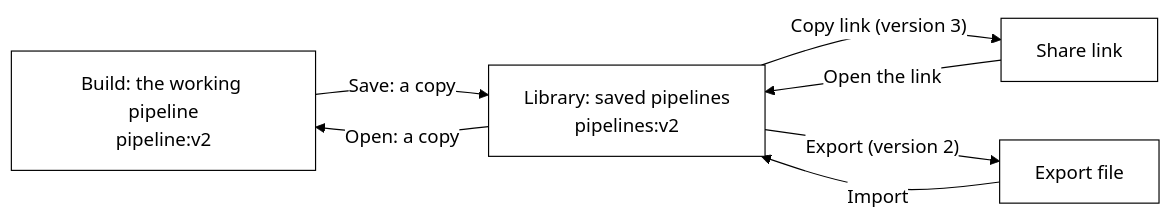
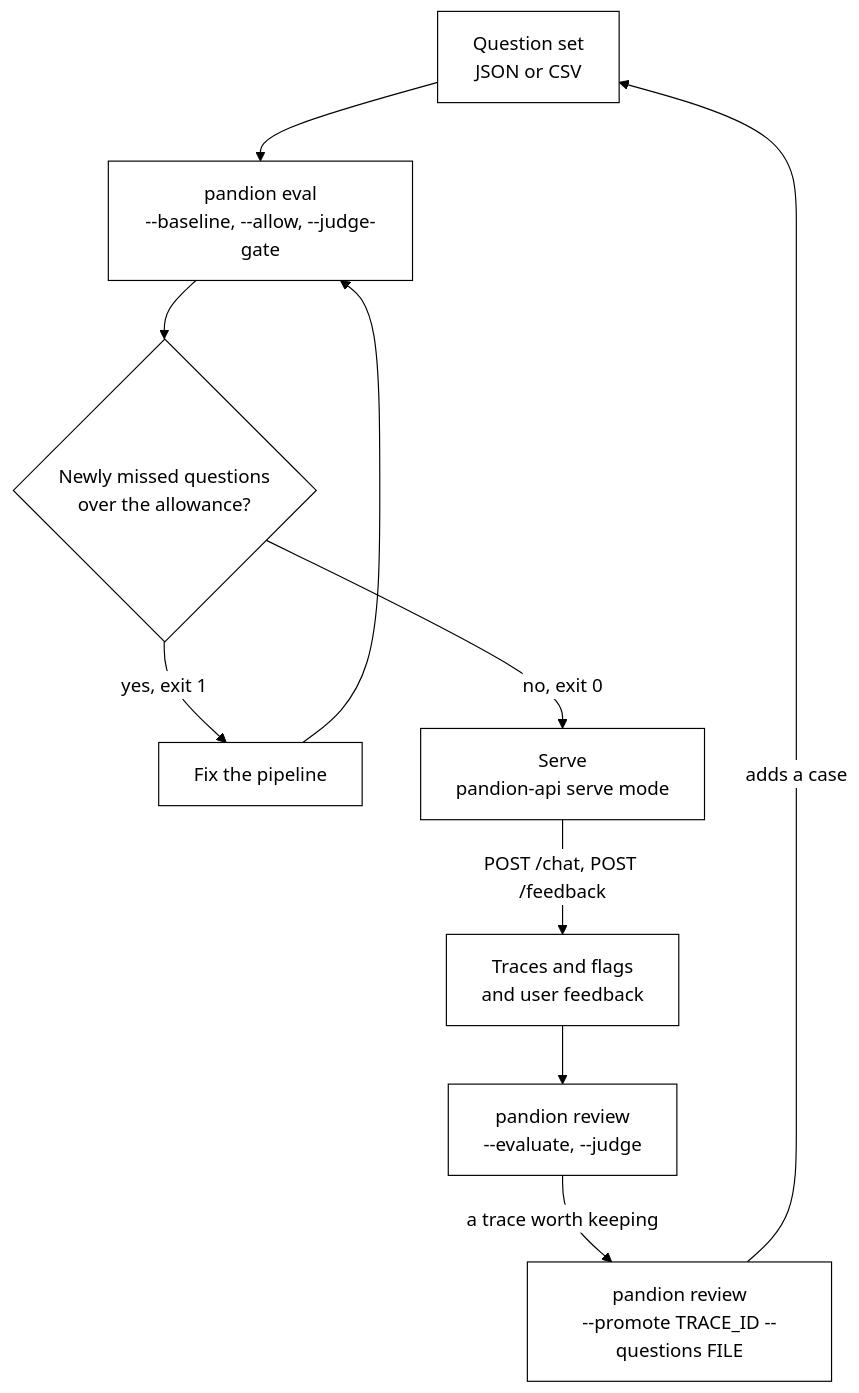
Before and after one commit to nadeem4/rag-playground: the fourth of 4 diagrams in docs/architecture.md, drawn with Mermaid. The commit also changed other lines of this file, not shown here.

Commit message:
docs: architecture page with system diagrams (DOC3)

````diff
--- a/docs/architecture.md
+++ b/docs/architecture.md
@@ -602,10 +244,19 @@
 ```mermaid
 %%{init: {'theme':'base','themeVariables':{'primaryColor':'#ffffff','primaryTextColor':'#000000','primaryBorderColor':'#000000','lineColor':'#000000'}}}%%
-flowchart LR
-    W["Build: the working pipeline<br/>pipeline:v2"] -- "Save: a copy" --> L["Library: saved pipelines<br/>pipelines:v2"]
-    L -- "Open: a copy" --> W
-    L -- "Copy link (version 3)" --> K["Share link"]
-    K -- "Open the link" --> L
-    L -- "Export (version 2)" --> F["Export file"]
-    F -- "Import" --> L
+flowchart TB
+    Q["Question set<br/>JSON or CSV"]
+    EV["pandion eval<br/>--baseline, --allow, --judge-gate"]
+    GATE{"Newly missed questions<br/>over the allowance?"}
+    FIX["Fix the pipeline"]
+    SERVE["Serve<br/>pandion-api serve mode"]
+    TR["Traces and flags<br/>and user feedback"]
+    REV["pandion review<br/>--evaluate, --judge"]
+    PROM["pandion review<br/>--promote TRACE_ID --questions FILE"]
+    Q --> EV --> GATE
+    GATE -->|"yes, exit 1"| FIX --> EV
+    GATE -->|"no, exit 0"| SERVE
+    SERVE -->|"POST /chat, POST /feedback"| TR
+    TR --> REV
+    REV -->|"a trace worth keeping"| PROM
+    PROM -->|"adds a case"| Q
 ```
````
